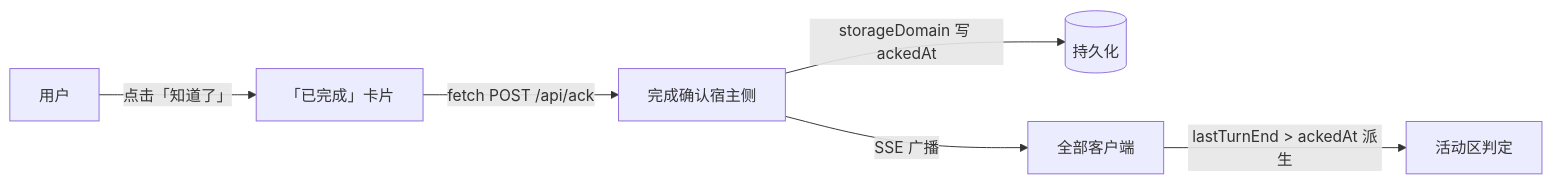
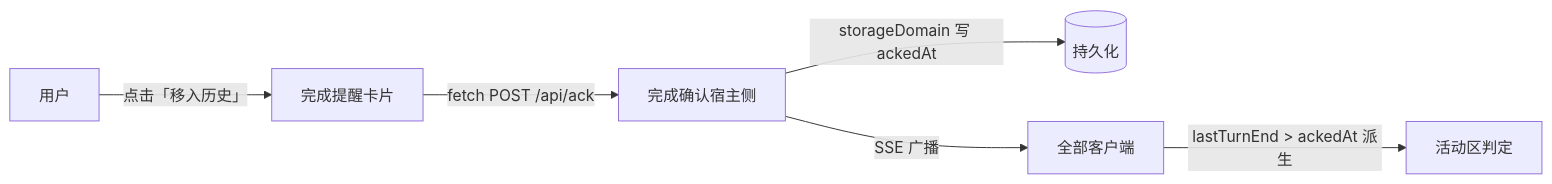
The sixth of 6 diagrams in DESIGN.md (ccll/dsh-activity-pane), drawn with Mermaid before and after one commit. The commit also changed other lines of this file and 9 other files, not shown here.

````diff
--- a/DESIGN.md
+++ b/DESIGN.md
@@ -126,8 +126,8 @@
 ```mermaid
 flowchart LR
-    User[用户] -->|点击「知道了」| Card[「已完成」卡片]
+    User[用户] -->|点击「移入历史」| Card[完成提醒卡片]
     Card -->|fetch POST /api/ack| Host[完成确认宿主侧]
     Host -->|storageDomain 写 ackedAt| Store[(持久化)]
     Host -->|SSE 广播| All[全部客户端]
     All -->|lastTurnEnd > ackedAt 派生| Cards[活动区判定]
 ```
````
